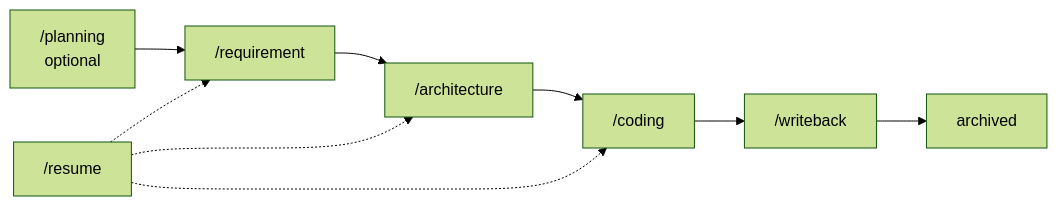
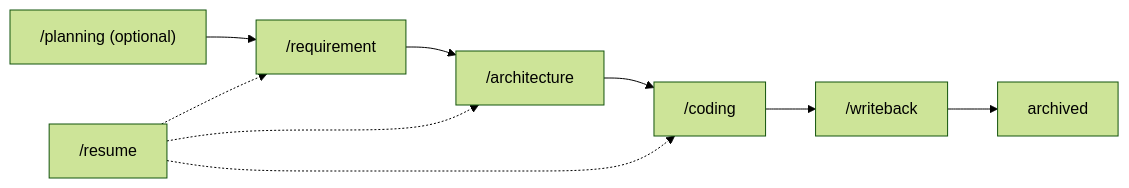
The first of 2 diagrams in openwiki/pipelines/overview.md (OldBoy405/AI-First-tools), drawn with Mermaid (forest theme) before and after one commit. The commit also changed other lines of this file and 27 other files, not shown here.

````diff
--- a/openwiki/pipelines/overview.md
+++ b/openwiki/pipelines/overview.md
@@ -79,11 +79,11 @@
 ```mermaid
 flowchart LR
-    A["/planning<br/>optional"] --> B["/requirement"]
+    A["/planning (optional)"] --> B["/requirement"]
     B --> C["/architecture"]
     C --> D["/coding"]
     D --> E["/writeback"]
     E --> F["archived"]
     G["/resume"] -.-> B
     G -.-> C
     G -.-> D
 ```
````
